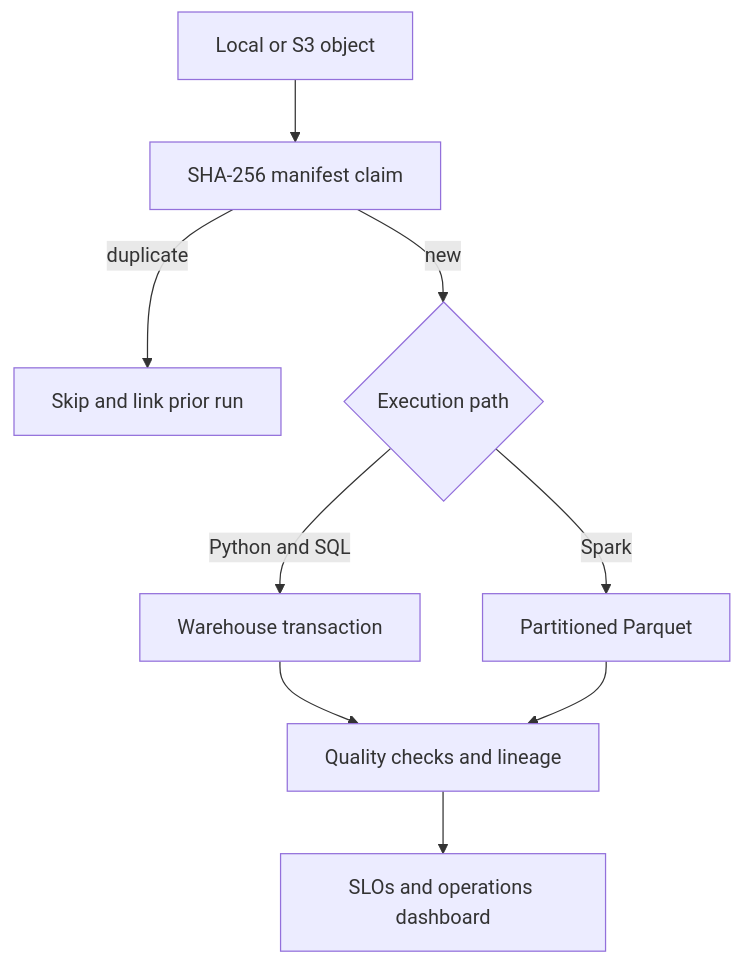
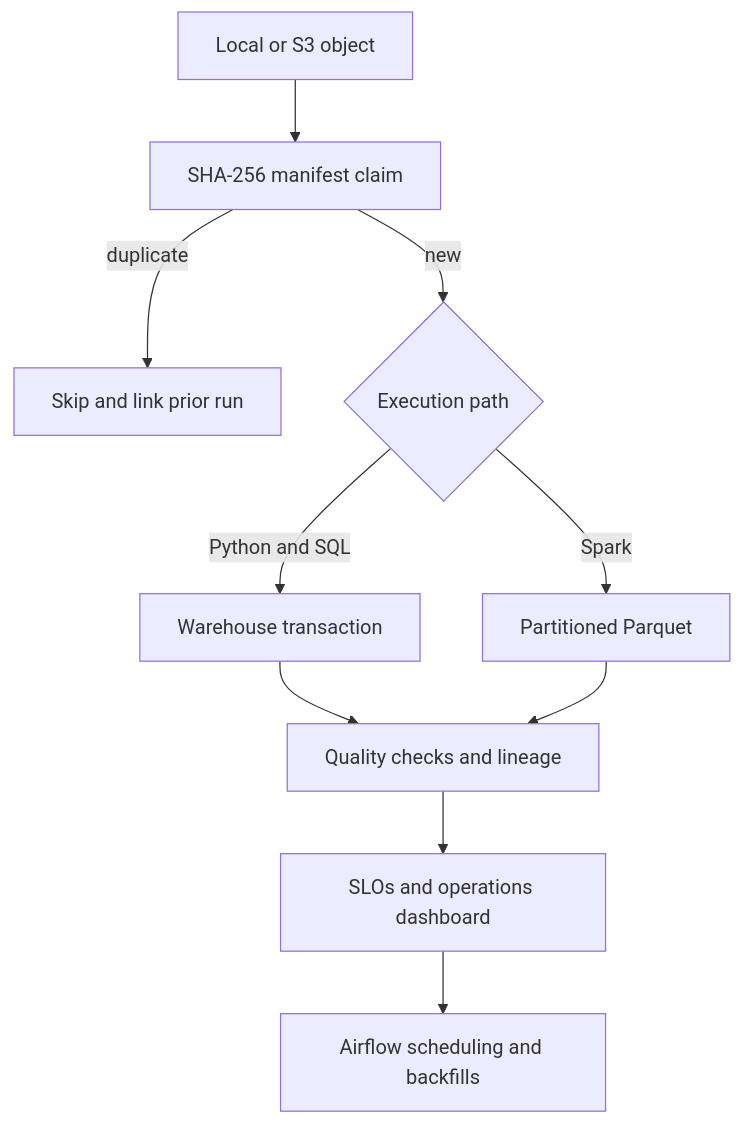
One commit to kdgmax/production-data-platform changed the first of 2 diagrams in docs/architecture.md. Above: the diagram before and after it, drawn with Mermaid. The commit also changed other lines of this file and 11 other files, not shown here.

First line of the commit message:
Add Airflow scheduling, catchup, retries, and SLO gates (#7)

````diff
--- a/docs/architecture.md
+++ b/docs/architecture.md
@@ -12,11 +12,12 @@
 ```mermaid
 flowchart TD
     A["Local or S3 object"] --> B["SHA-256 manifest claim"]
     B -->|duplicate| C["Skip and link prior run"]
     B -->|new| D{"Execution path"}
     D -->|Python and SQL| E["Warehouse transaction"]
     D -->|Spark| F["Partitioned Parquet"]
     E --> G["Quality checks and lineage"]
     F --> G
     G --> H["SLOs and operations dashboard"]
+    H --> I["Airflow scheduling and backfills"]
 ```
````
